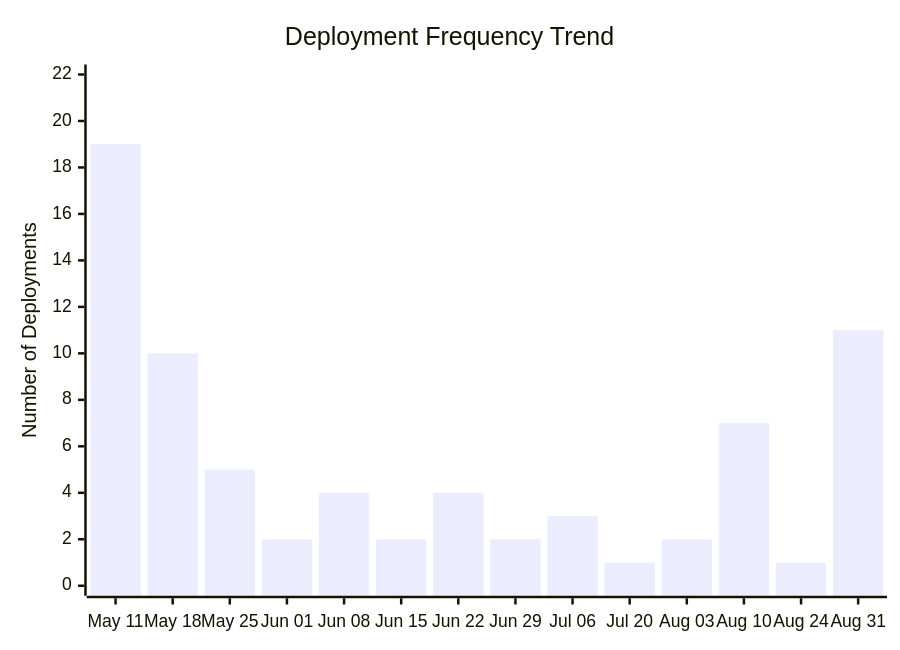
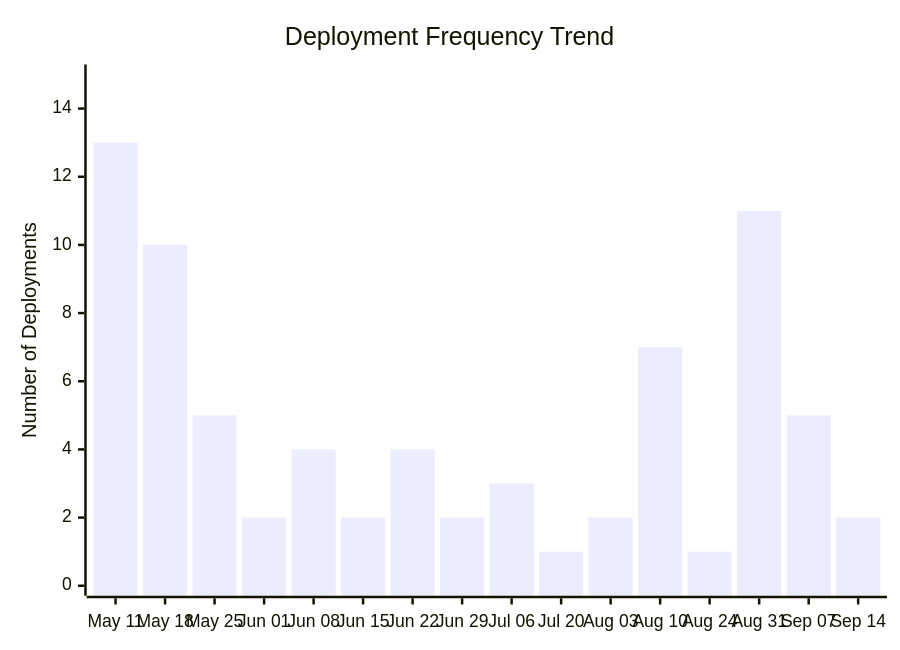
One commit to ukma-cs-ssdm-2025/rate-ukma changed the third of 4 diagrams in docs/ci-cd/dora-summary.md. Above: the diagram before and after it, drawn with Mermaid. The commit also changed other lines of this file, not shown here.

````diff
--- a/docs/ci-cd/dora-summary.md
+++ b/docs/ci-cd/dora-summary.md
@@ -56,7 +58,7 @@
 ```mermaid
 xychart-beta
     title "Deployment Frequency Trend"
-    x-axis ["May 11", "May 18", "May 25", "Jun 01", "Jun 08", "Jun 15", "Jun 22", "Jun 29", "Jul 06", "Jul 20", "Aug 03", "Aug 10", "Aug 24", "Aug 31"]
-    y-axis "Number of Deployments" 0 --> 22
-    bar [19.00, 10.00, 5.00, 2.00, 4.00, 2.00, 4.00, 2.00, 3.00, 1.00, 2.00, 7.00, 1.00, 11.00]
+    x-axis ["May 11", "May 18", "May 25", "Jun 01", "Jun 08", "Jun 15", "Jun 22", "Jun 29", "Jul 06", "Jul 20", "Aug 03", "Aug 10", "Aug 24", "Aug 31", "Sep 07", "Sep 14"]
+    y-axis "Number of Deployments" 0 --> 15
+    bar [13.00, 10.00, 5.00, 2.00, 4.00, 2.00, 4.00, 2.00, 3.00, 1.00, 2.00, 7.00, 1.00, 11.00, 5.00, 2.00]
 ```
````
